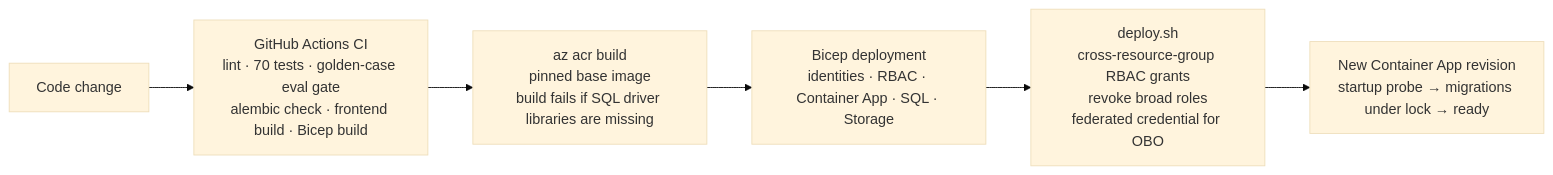
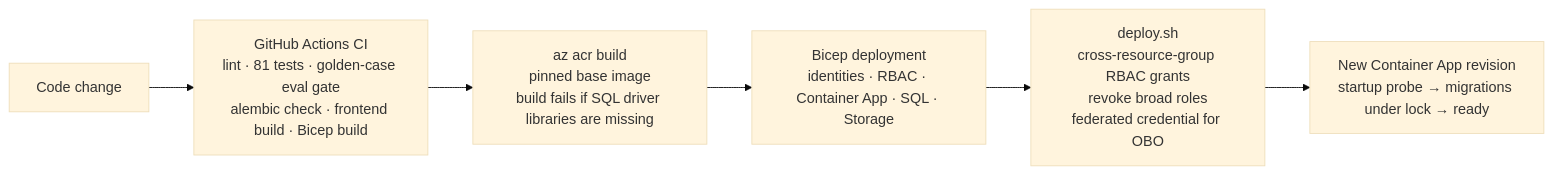
One commit to prasadregula/onboardiq changed the seventh of 7 diagrams in docs/DIAGRAMS.md. Above: the diagram before and after it, drawn with Mermaid (base theme). The commit also changed 22 other files, not shown here.

Commit message:
w4-3: kill switch + run budgets; identities in timeline; demo reset/warm-up; demo script

````diff
--- a/docs/DIAGRAMS.md
+++ b/docs/DIAGRAMS.md
@@ -220,8 +220,8 @@
 ```mermaid
 flowchart LR
-    dev["Code change"] --> ci["GitHub Actions CI<br/>lint · 70 tests · golden-case eval gate<br/>alembic check · frontend build · Bicep build"]
+    dev["Code change"] --> ci["GitHub Actions CI<br/>lint · 81 tests · golden-case eval gate<br/>alembic check · frontend build · Bicep build"]
     ci --> build["az acr build<br/>pinned base image<br/>build fails if SQL driver libraries are missing"]
     build --> bicep["Bicep deployment<br/>identities · RBAC · Container App · SQL · Storage"]
     bicep --> grants["deploy.sh<br/>cross-resource-group RBAC grants<br/>revoke broad roles<br/>federated credential for OBO"]
     grants --> rev["New Container App revision<br/>startup probe → migrations under lock → ready"]
 ```
````
